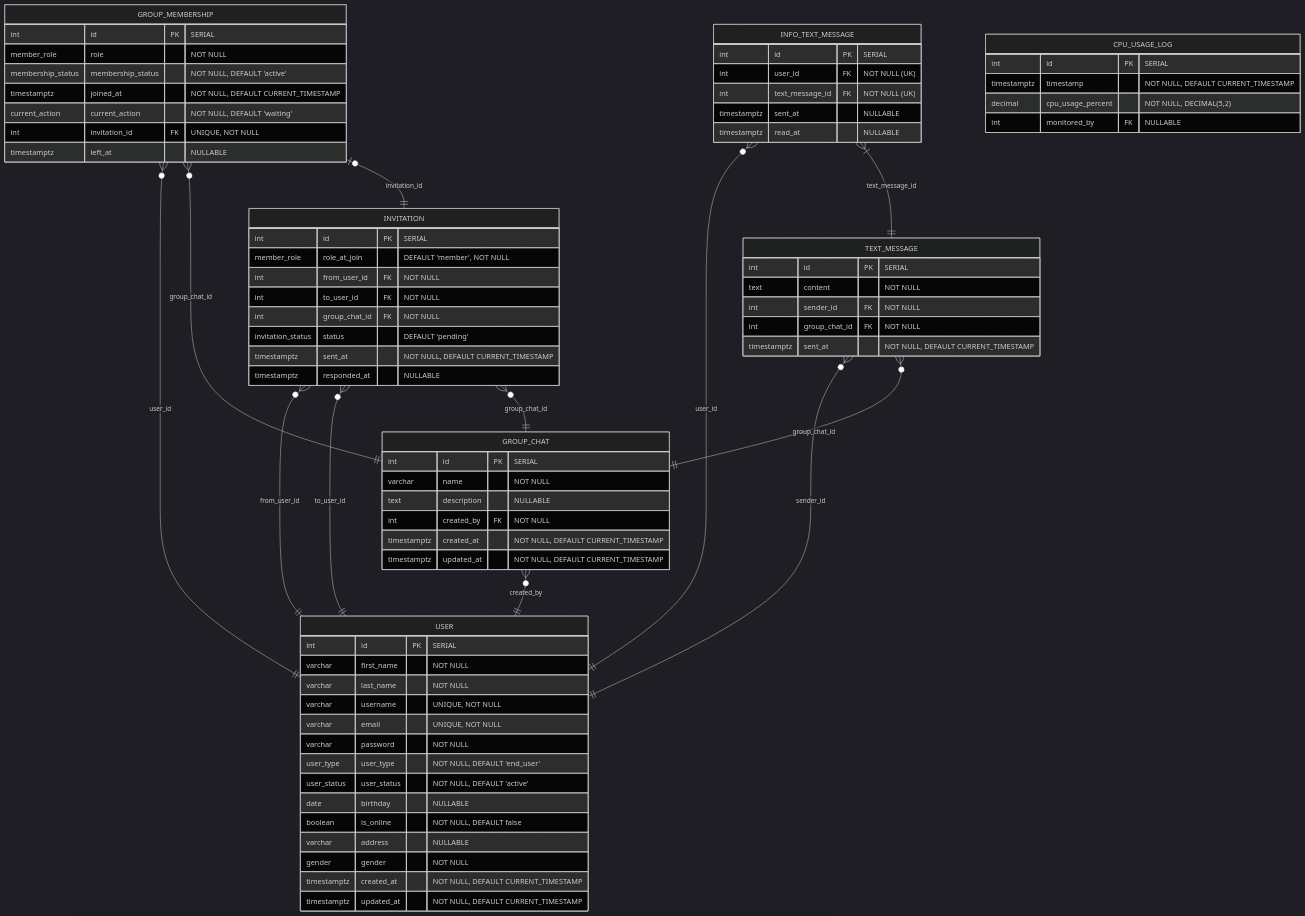
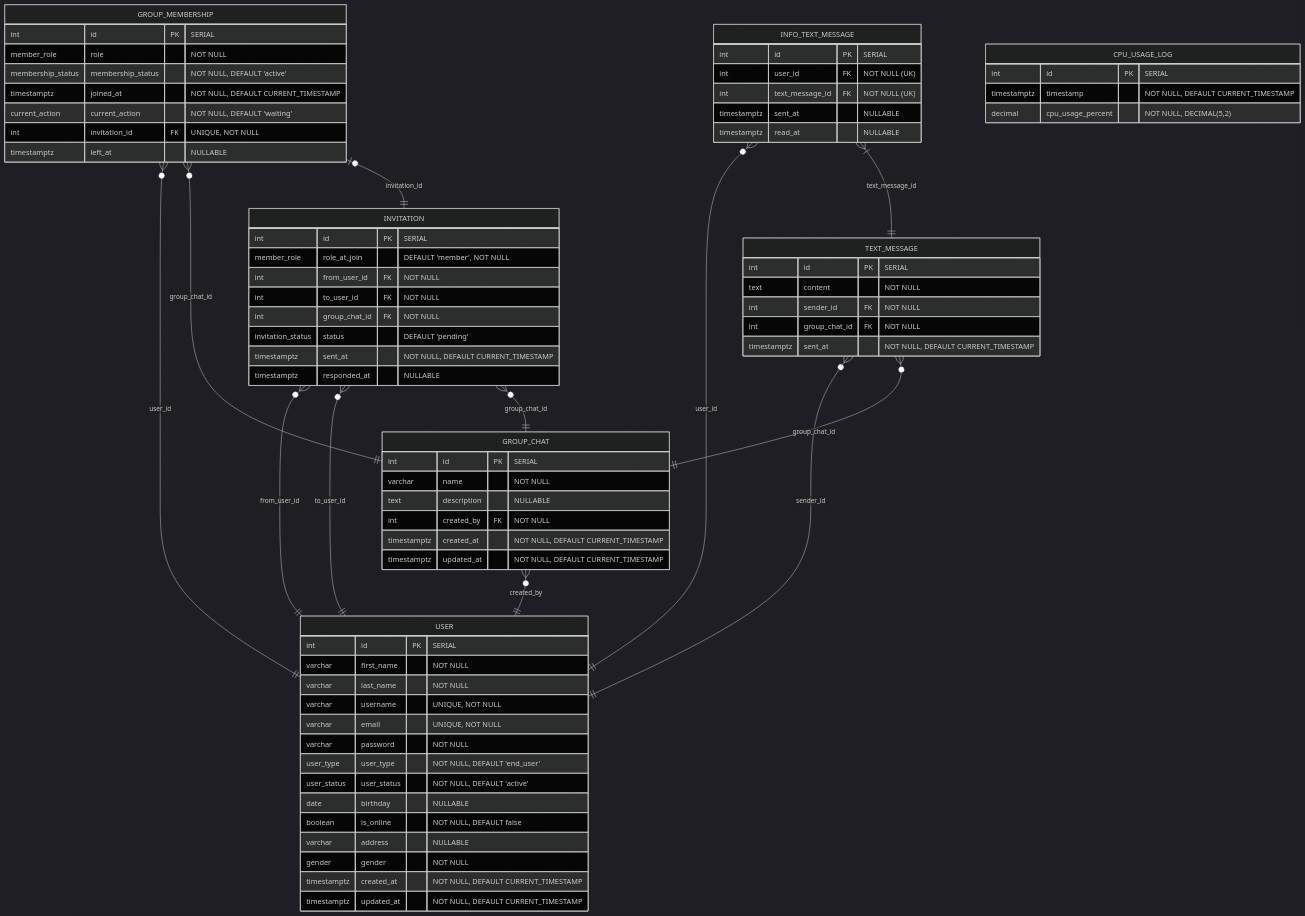
One commit to Enric0-Balb0/ruggine-chat changed the diagram in doc/database.md. Above: the diagram before and after it, drawn with Mermaid (dark theme). The commit also changed 63 other files, not shown here.

```diff
--- a/doc/database.md
+++ b/doc/database.md
@@ -77,7 +77,6 @@
         int id PK "SERIAL"
         timestamptz timestamp "NOT NULL, DEFAULT CURRENT_TIMESTAMP"
         decimal cpu_usage_percent "NOT NULL, DECIMAL(5,2)"
-        int monitored_by FK "NULLABLE"
     }
 
 
```
